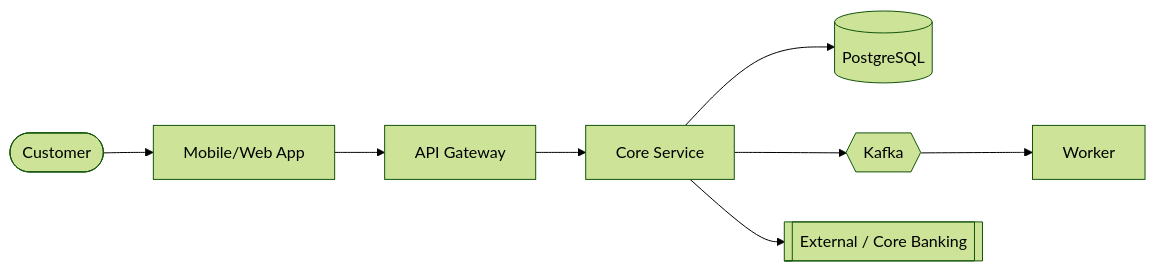
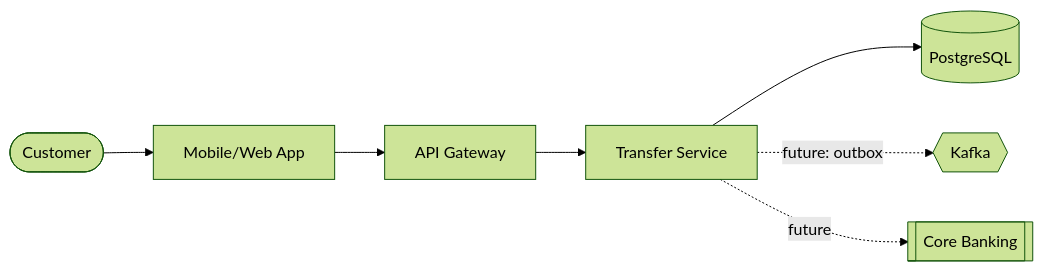
One commit to Thapanut/go-engineering-starter changed the first of 3 diagrams in docs/01-architecture/architecture.md. Above: the diagram before and after it, drawn with Mermaid (forest theme). The commit also changed other lines of this file and 48 other files, not shown here.

````diff
--- a/docs/01-architecture/architecture.md
+++ b/docs/01-architecture/architecture.md
@@ -4,10 +4,9 @@
 ```mermaid
 flowchart LR
   user([Customer]) --> app[Mobile/Web App]
   app --> gw[API Gateway]
-  gw --> svc[Core Service]
+  gw --> svc[Transfer Service]
   svc --> db[(PostgreSQL)]
-  svc --> mq{{Kafka}}
-  mq --> worker[Worker]
-  svc --> ext[[External / Core Banking]]
+  svc -. future: outbox .-> mq{{Kafka}}
+  svc -. future .-> ext[[Core Banking]]
 ```
````
